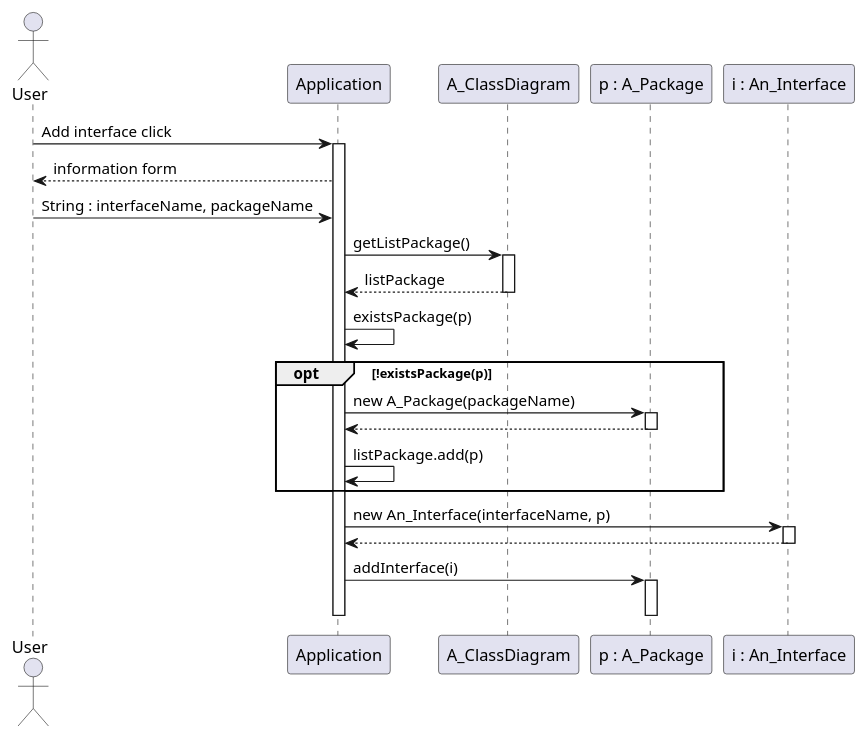
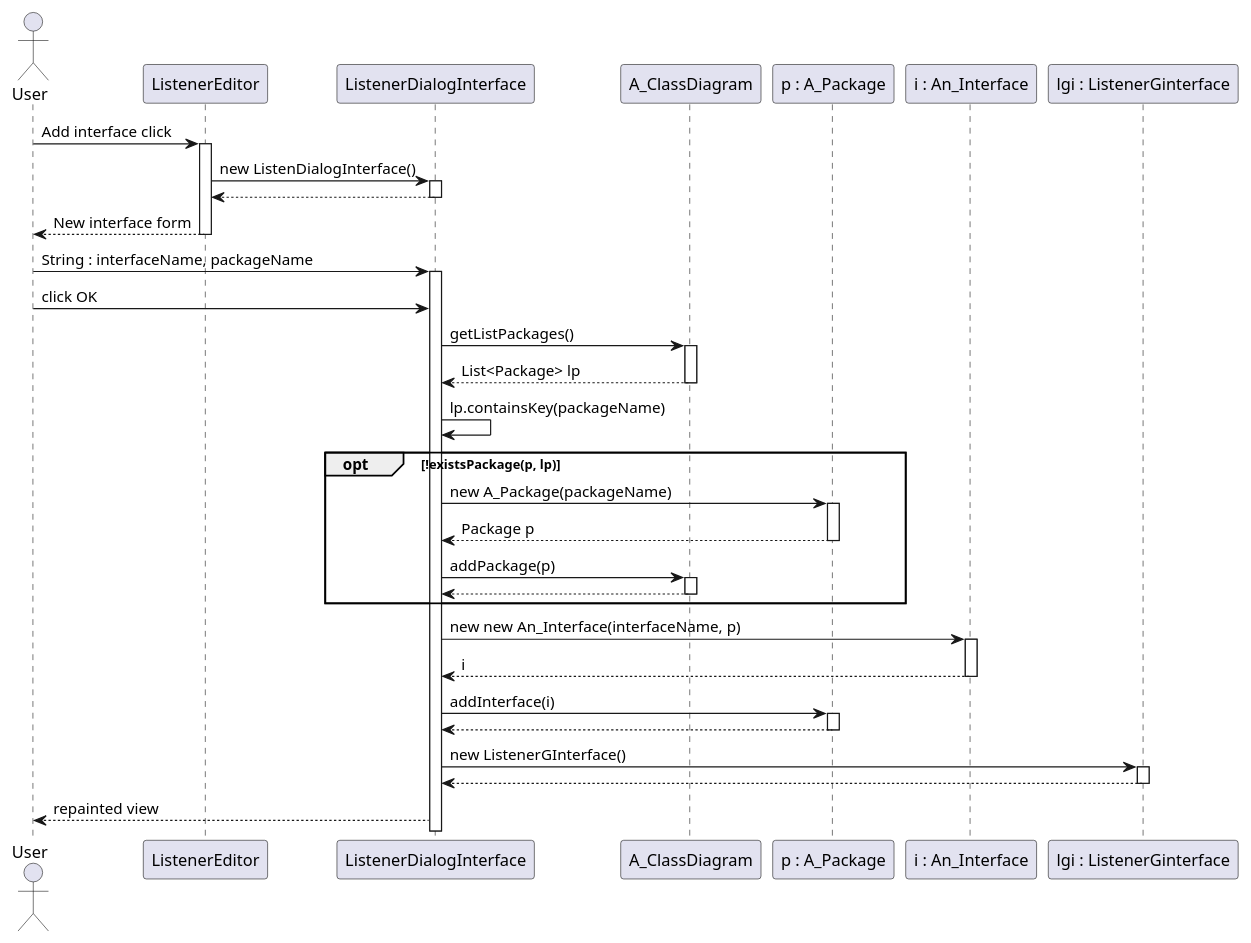
One commit to Phalexei/Modeleur changed the diagram in src/com/github/tomap/uml/conception/sequenceDiagrams/addInterface.puml. Above: the diagram before and after it, drawn with PlantUML. The commit also changed 7 other files, not shown here.

Commit message:
diagrammes de séquence

```diff
--- a/src/com/github/tomap/uml/conception/sequenceDiagrams/addInterface.puml
+++ b/src/com/github/tomap/uml/conception/sequenceDiagrams/addInterface.puml
@@ -1,40 +1,59 @@
 @startuml
 
     actor User as u
-    participant Application as a
+    participant ListenerEditor as le
+    participant ListenerDialogInterface as ldi
     participant A_ClassDiagram as Cd
     participant "p : A_Package" as p
     participant "i : An_Interface" as i
+    participant "lgi : ListenerGinterface" as lgi
+        
+	u -> le: Add interface click
+	activate le
+        le -> ldi: new ListenDialogInterface()
+        activate ldi
+        ldi --> le
+        deactivate ldi
+        le --> u: New interface form 
+        deactivate le
 
-	u -> a: Add interface click
-        activate a
-        a --> u: information form
-        u -> a: String : interfaceName, packageName
+        u -> ldi: String : interfaceName, packageName
+        activate ldi
+        u -> ldi: click OK
+        
+        ldi -> Cd: getListPackages()
+        activate Cd
+        Cd --> ldi: List<Package> lp
+        deactivate Cd
+        
+        ldi -> ldi: lp.containsKey(packageName)
 
-	a -> Cd: getListPackage()
-        activate Cd
-	Cd --> a: listPackage
-        deactivate Cd
+	opt !existsPackage(p, lp)
+            ldi -> p: new A_Package(packageName)
+            activate p
+            p --> ldi: Package p
+            deactivate p
 
-        a -> a: existsPackage(p)
-
-	opt !existsPackage(p)
-            a -> p: new A_Package(packageName)
-            activate p
-            p --> a
-            deactivate p
-            a -> a: listPackage.add(p)
+            ldi -> Cd: addPackage(p)
+            activate Cd
+            Cd --> ldi
+            deactivate Cd
 	end
-
-	a -> i: new An_Interface(interfaceName, p)
-	activate i
-
-	i --> a
+        
+	ldi -> i: new new An_Interface(interfaceName, p)
+        activate i
+        i --> ldi: i
 	deactivate i
 
-        a -> p: addInterface(i)
+        ldi -> p: addInterface(i)
         activate p
+        p --> ldi
         deactivate p
-	deactivate a
+        
+        ldi -> lgi: new ListenerGInterface()
+        activate lgi
+        lgi --> ldi
+        deactivate lgi
 
+        ldi --> u: repainted view
 @enduml
```
